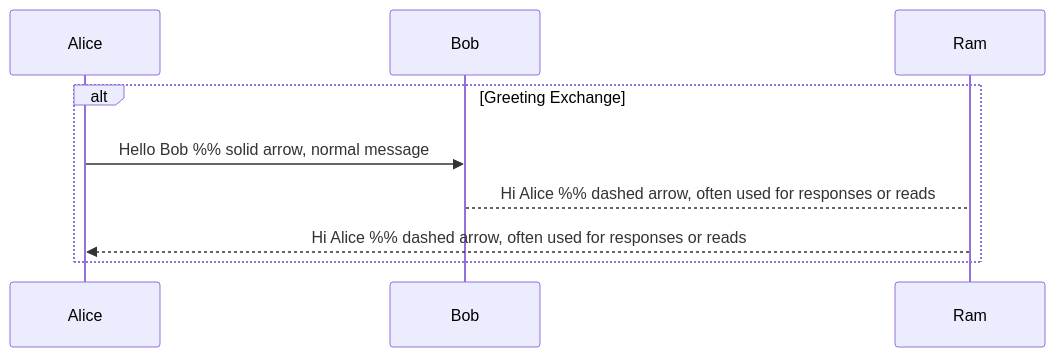
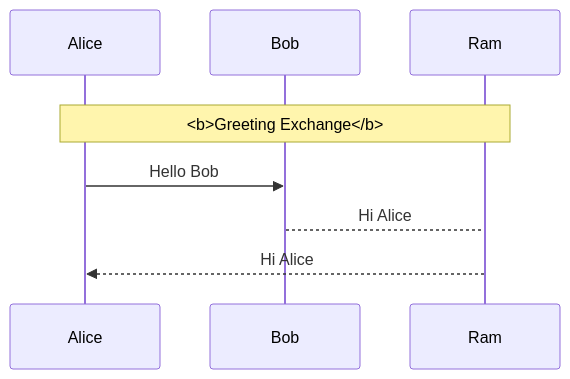
One commit to dharmana-prasanna/python-multiple-dbs changed the second of 2 diagrams in README.md. Above: the diagram before and after it, drawn with Mermaid.

````diff
--- a/README.md
+++ b/README.md
@@ -296,12 +296,13 @@
 ```mermaid
 sequenceDiagram
     participant Alice
     participant Bob
     participant Ram
 
-    alt Greeting Exchange
-        Alice->>Bob: Hello Bob   %% solid arrow, normal message
-        Bob-->Ram: Hi Alice   %% dashed arrow, often used for responses or reads
-        Ram-->>Alice: Hi Alice   %% dashed arrow, often used for responses or reads
+    rect rgb(255,255,255)
+        Note over Alice,Ram: <b>Greeting Exchange</b>
+        Alice->>Bob: Hello Bob
+        Bob-->Ram: Hi Alice
+        Ram-->>Alice: Hi Alice
     end
 ```
````
